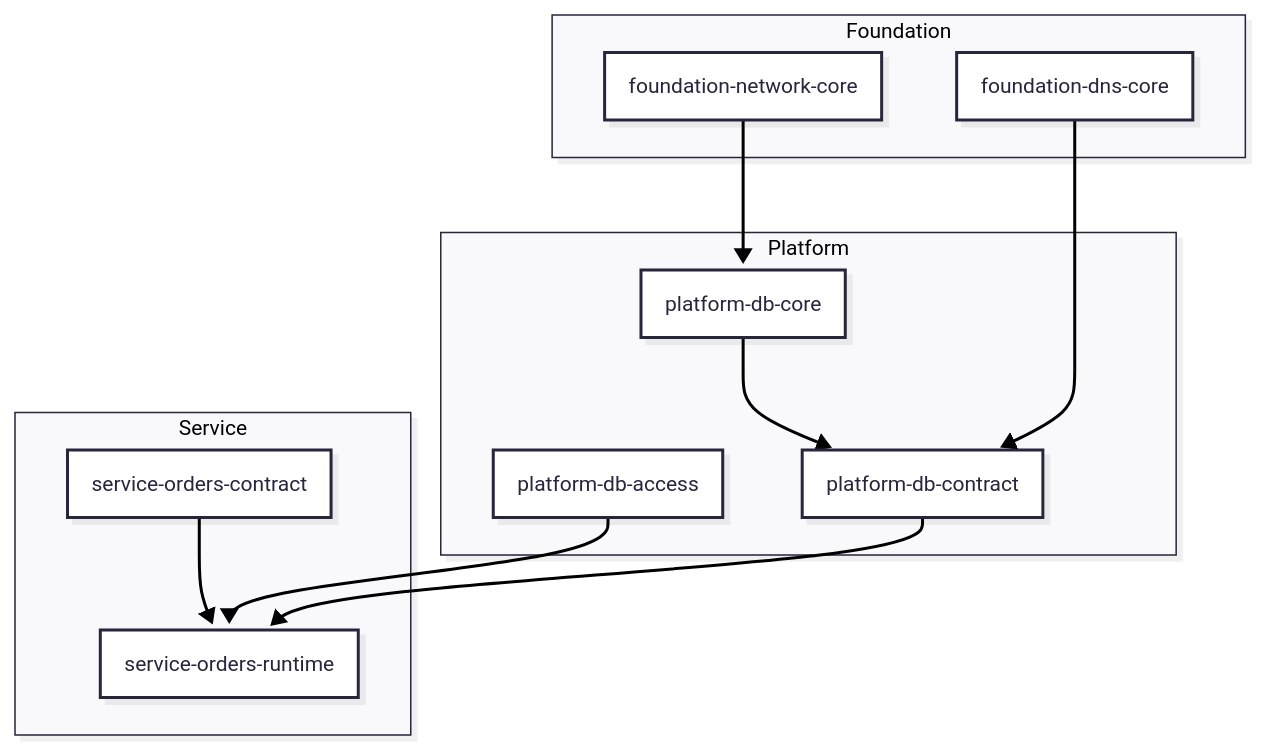
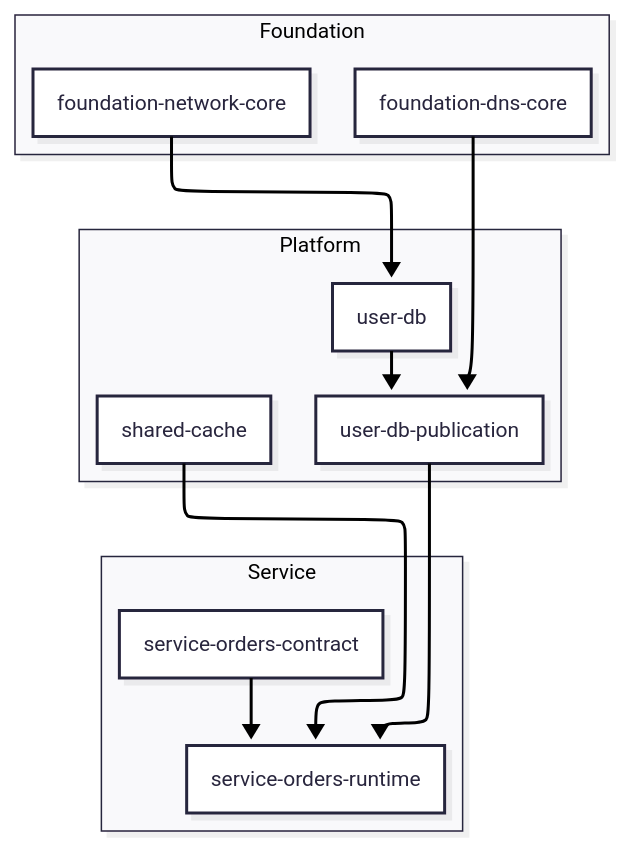
The second of 2 diagrams in terraform-3-layer-architecture-specification.md (DeokJong/terraform-3-layer-architecture-specification), drawn with Mermaid before and after one commit. The commit also changed other lines of this file and 17 other files, not shown here.

Commit message:
Standardize Mermaid TB and ELK usage across docs

````diff
--- a/terraform-3-layer-architecture-specification.md
+++ b/terraform-3-layer-architecture-specification.md
@@ -153,31 +156,31 @@
 ```mermaid
 ---
 config:
-  layout: fixed
+  layout: elk
   theme: redux
   look: neo
 ---
 flowchart TB
     subgraph Foundation
         FN[foundation-network-core]
         FD[foundation-dns-core]
     end
 
     subgraph Platform
-        PDC[platform-db-core]
-        PDA[platform-db-access]
-        PDP[platform-db-contract]
+        PDR[user-db]
+        PDP[user-db-publication]
+        PSC[shared-cache]
     end
 
     subgraph Service
         SR[service-orders-runtime]
         SC[service-orders-contract]
     end
 
-    FN --> PDC
+    FN --> PDR
     FD --> PDP
-    PDC --> PDP
+    PDR --> PDP
     PDP --> SR
     SC --> SR
-    PDA --> SR
+    PSC --> SR
 ```
````
